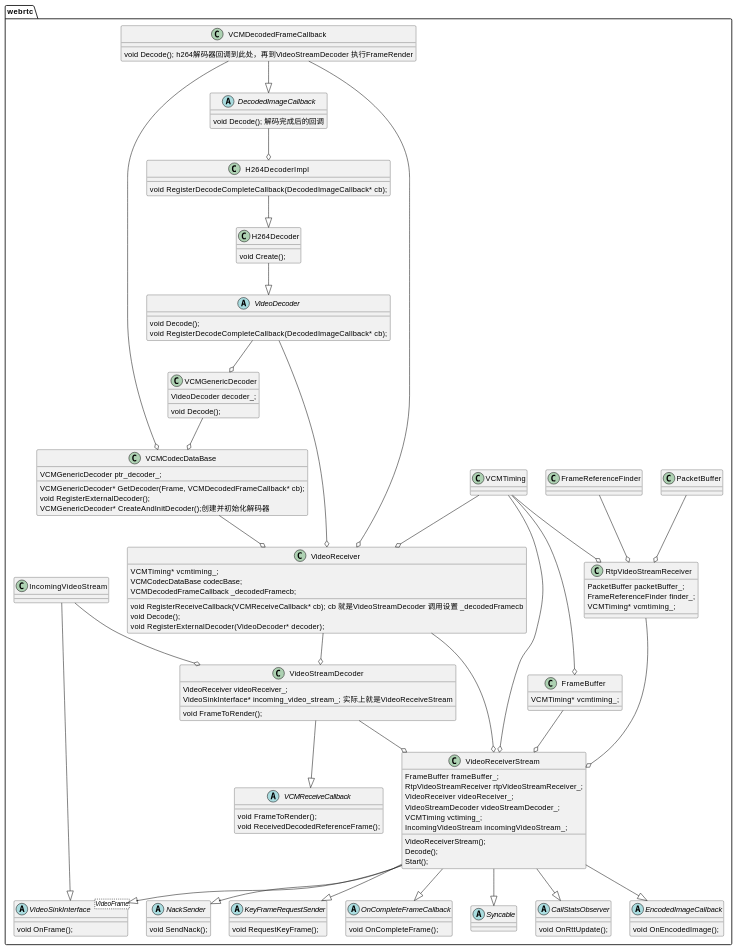
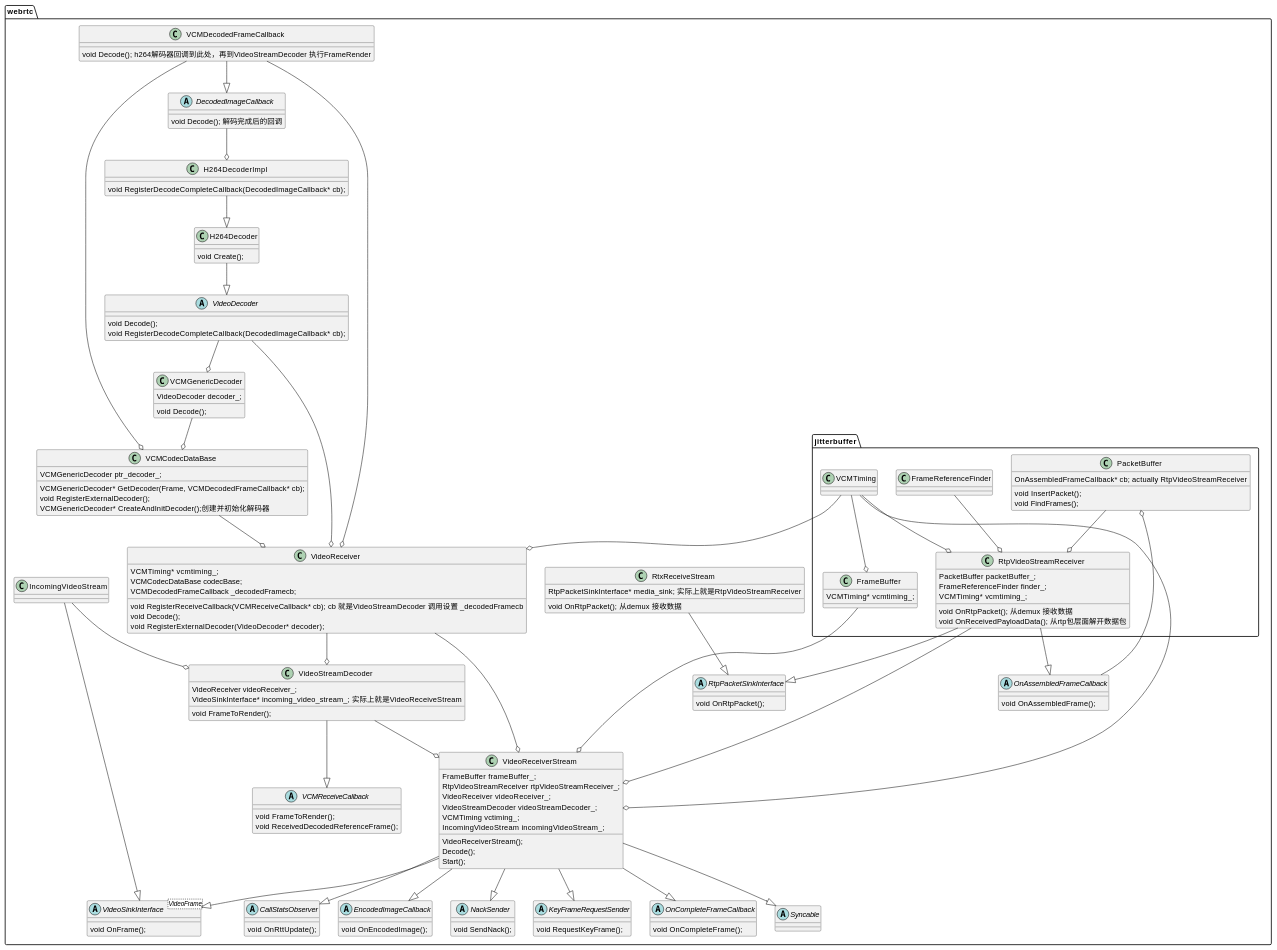
Before and after one commit to hjybdrs/hjybdrs.github.io: the diagram in source/_posts/videojitterbuffer.md, drawn with PlantUML. The commit also changed other lines of this file and 2 other files, not shown here.

Commit message:
update jb

```diff
--- a/source/_posts/videojitterbuffer.md
+++ b/source/_posts/videojitterbuffer.md
@@ -72,30 +72,57 @@
         void OnRttUpdate();
     }
 
-    class PacketBuffer {
-
+    abstract class OnAssembledFrameCallback {
+        void OnAssembledFrame();
     }
 
-    class FrameReferenceFinder {
+    package "jitterbuffer" {
+        class VCMTiming {
 
+        }
+
+        class FrameBuffer {
+            VCMTiming* vcmtiming_;
+        }
+
+        class PacketBuffer {
+            OnAssembledFrameCallback* cb; actually RtpVideoStreamReceiver
+            void InsertPacket();
+            void FindFrames();
+        }
+
+        OnAssembledFrameCallback --o PacketBuffer
+
+        class FrameReferenceFinder {
+
+        }
+
+        class RtpVideoStreamReceiver {
+            PacketBuffer packetBuffer_;
+            FrameReferenceFinder finder_;
+            VCMTiming* vcmtiming_;
+            void OnRtpPacket(); 从demux 接收数据
+            void OnReceivedPayloadData(); 从rtp包层面解开数据包
+        }
     }
 
-    class VCMTiming {
-
+    abstract class RtpPacketSinkInterface {
+        void OnRtpPacket();
     }
 
-    class RtpVideoStreamReceiver {
-        PacketBuffer packetBuffer_;
-        FrameReferenceFinder finder_;
-        VCMTiming* vcmtiming_;
+    class RtxReceiveStream {
+        RtpPacketSinkInterface* media_sink; 实际上就是RtpVideoStreamReceiver
+        void OnRtpPacket(); 从demux 接收数据
     }
+
+    RtpVideoStreamReceiver --|> OnAssembledFrameCallback
+    RtxReceiveStream --|> RtpPacketSinkInterface
+    RtpVideoStreamReceiver --|> RtpPacketSinkInterface
 
     PacketBuffer --o RtpVideoStreamReceiver
     FrameReferenceFinder --o RtpVideoStreamReceiver 
 
-    class FrameBuffer {
-        VCMTiming* vcmtiming_;
-    }
+    
 
     class VCMGenericDecoder {
         void Decode();
```
